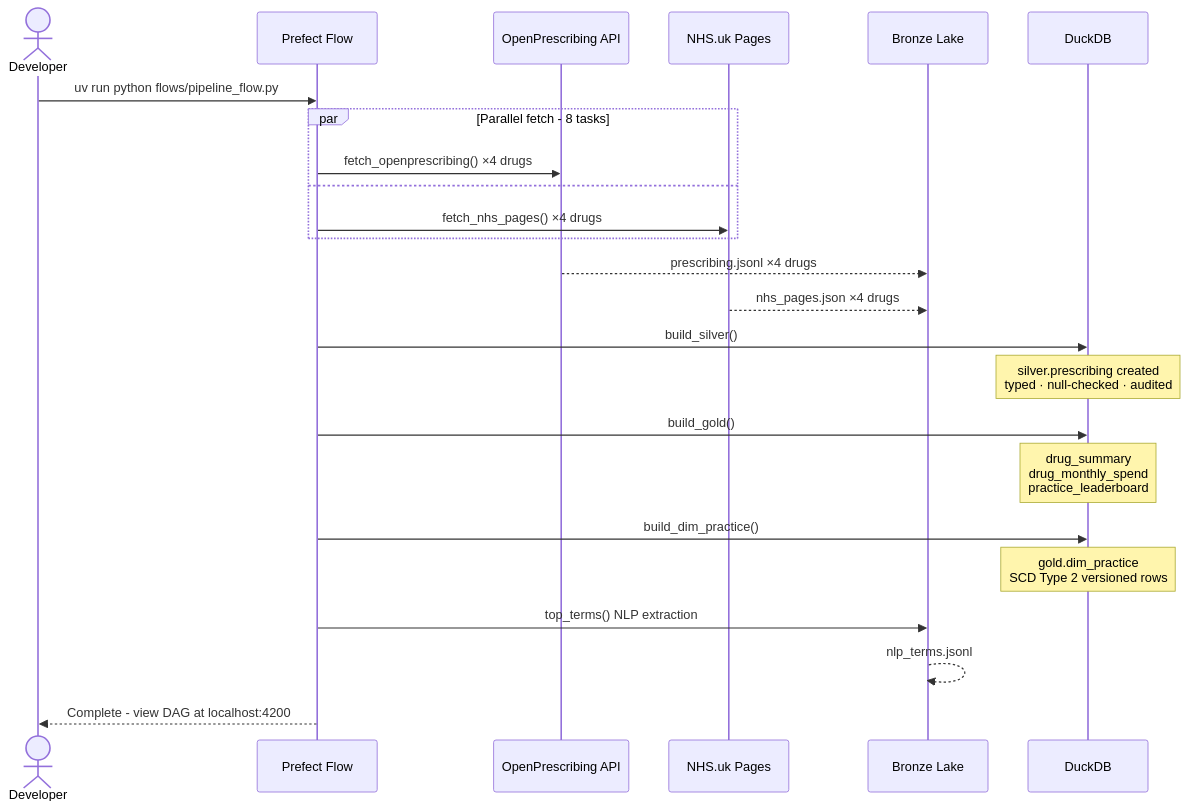
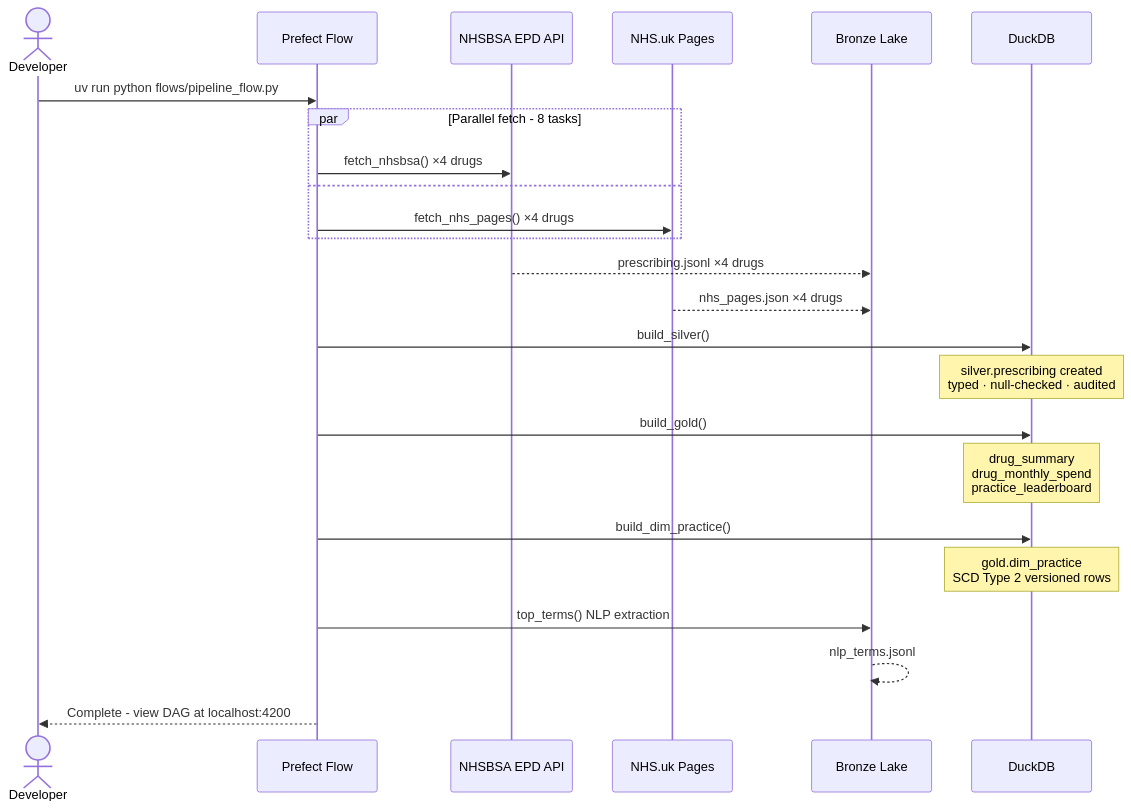
One commit to po-DRA/uk-healthcare-big-data-pipeline changed the second of 3 diagrams in README.md. Above: the diagram before and after it, drawn with Mermaid. The commit also changed other lines of this file and 35 other files, not shown here.

First line of the commit message:
Replace OpenPrescribing with NHSBSA EPD; swap Marimo notebooks for scripts

````diff
--- a/README.md
+++ b/README.md
@@ -172,34 +157,34 @@
 ```mermaid
 sequenceDiagram
     actor Dev as Developer
     participant PF as Prefect Flow
-    participant API as OpenPrescribing API
+    participant API as NHSBSA EPD API
     participant NHS as NHS.uk Pages
     participant Bronze as Bronze Lake
     participant DB as DuckDB
 
     Dev->>PF: uv run python flows/pipeline_flow.py
 
     par Parallel fetch - 8 tasks
-        PF->>API: fetch_openprescribing() ×4 drugs
+        PF->>API: fetch_nhsbsa() ×4 drugs
     and
         PF->>NHS: fetch_nhs_pages() ×4 drugs
     end
 
     API-->>Bronze: prescribing.jsonl ×4 drugs
     NHS-->>Bronze: nhs_pages.json ×4 drugs
 
     PF->>DB: build_silver()
     Note over DB: silver.prescribing created<br/>typed · null-checked · audited
 
     PF->>DB: build_gold()
     Note over DB: drug_summary<br/>drug_monthly_spend<br/>practice_leaderboard
 
     PF->>DB: build_dim_practice()
     Note over DB: gold.dim_practice<br/>SCD Type 2 versioned rows
 
     PF->>Bronze: top_terms() NLP extraction
     Bronze-->>Bronze: nlp_terms.jsonl
 
     PF-->>Dev: Complete - view DAG at localhost:4200
 ```
````
